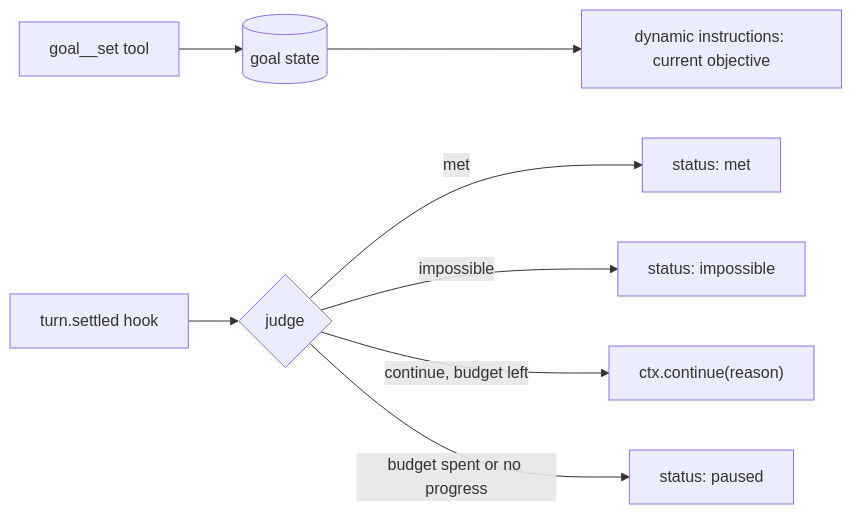
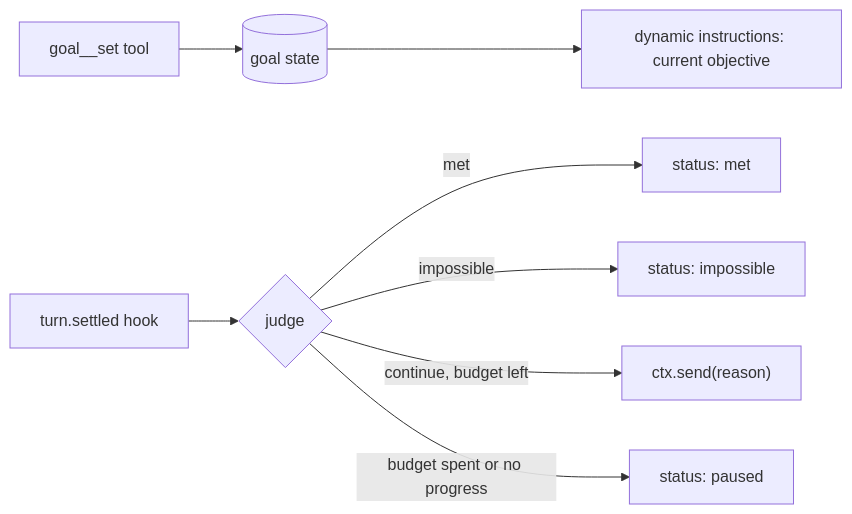
Before and after one commit to vercel/eve: the diagram in research/session-goals.md, drawn with Mermaid. The commit also changed other lines of this file, not shown here.

First line of the commit message:
docs(research): use a same-session ctx.send for hook continuation

````diff
--- a/research/session-goals.md
+++ b/research/session-goals.md
@@ -93,10 +98,10 @@
 ```mermaid
 flowchart LR
   Set["goal__set tool"] --> State[("goal state")]
   State --> Instr["dynamic instructions: current objective"]
   Turn["turn.settled hook"] --> Judge{"judge"}
   Judge -->|met| Done["status: met"]
   Judge -->|impossible| Failed["status: impossible"]
-  Judge -->|continue, budget left| Cont["ctx.continue(reason)"]
+  Judge -->|continue, budget left| Cont["ctx.send(reason)"]
   Judge -->|budget spent or no progress| Paused["status: paused"]
 ```
````
